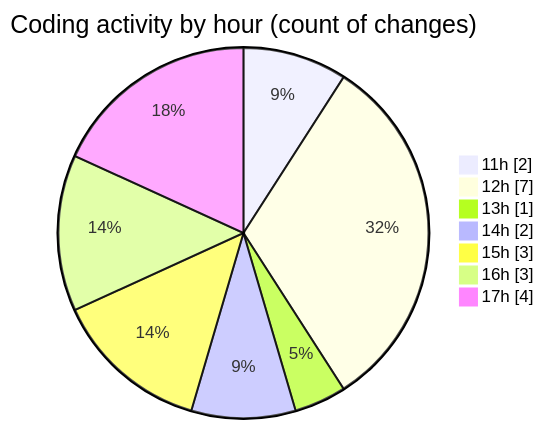
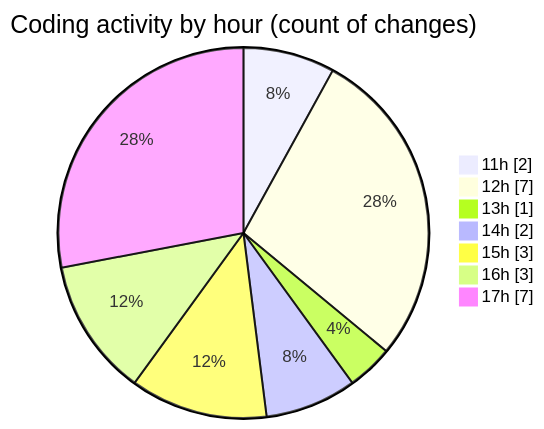
One commit to nxtqubesakshisongat/code-tracking changed the second of 2 diagrams in 2025-11-10/nxtqube_webapp/README.md. Above: the diagram before and after it, drawn with Mermaid. The commit also changed other lines of this file and 1 other file, not shown here.

````diff
--- a/2025-11-10/nxtqube_webapp/README.md
+++ b/2025-11-10/nxtqube_webapp/README.md
@@ -36,11 +38,11 @@
 ```mermaid
 pie showData
 title Coding activity by hour (count of changes)
 "11h" : 2
 "12h" : 7
 "13h" : 1
 "14h" : 2
 "15h" : 3
 "16h" : 3
-"17h" : 4
+"17h" : 7
 ```
````
